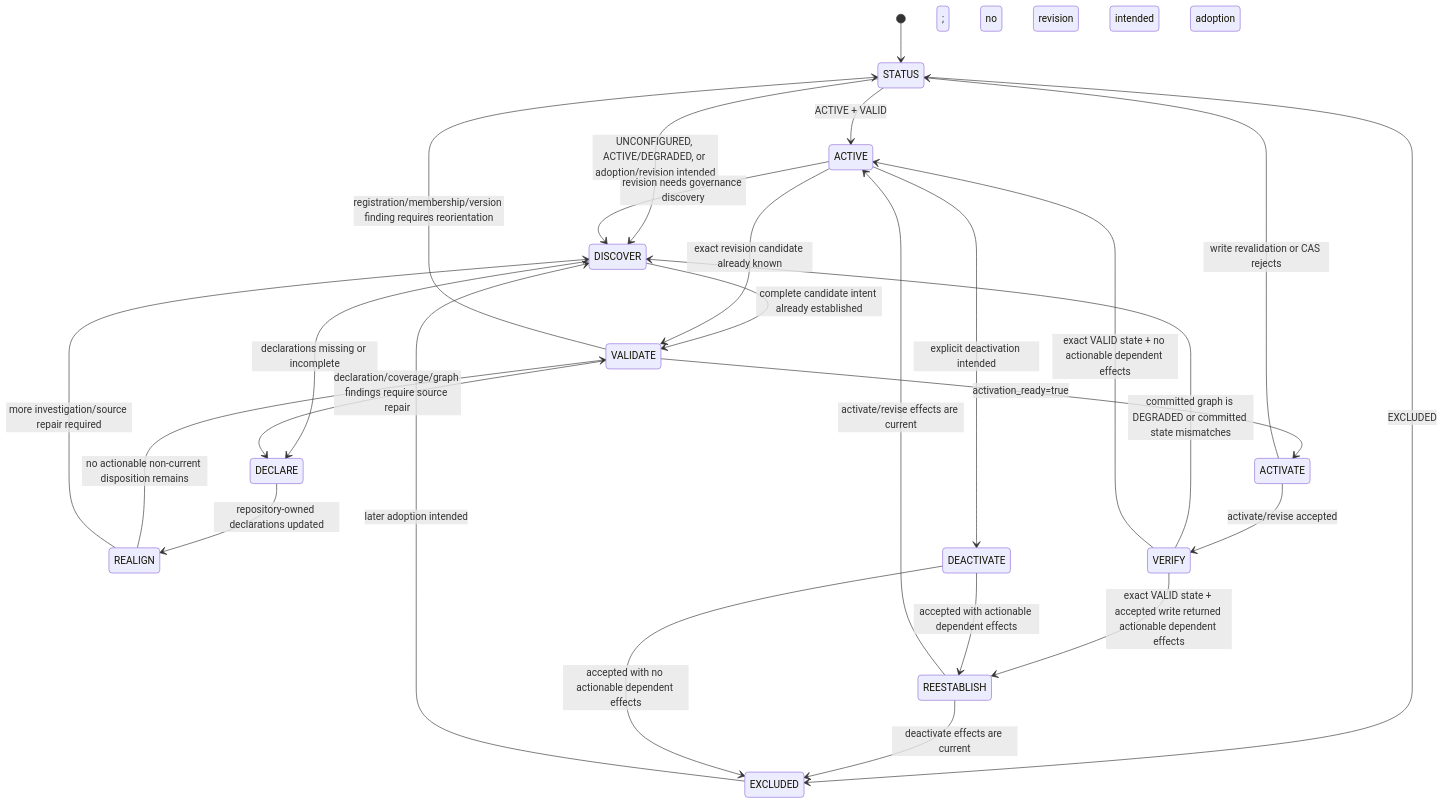
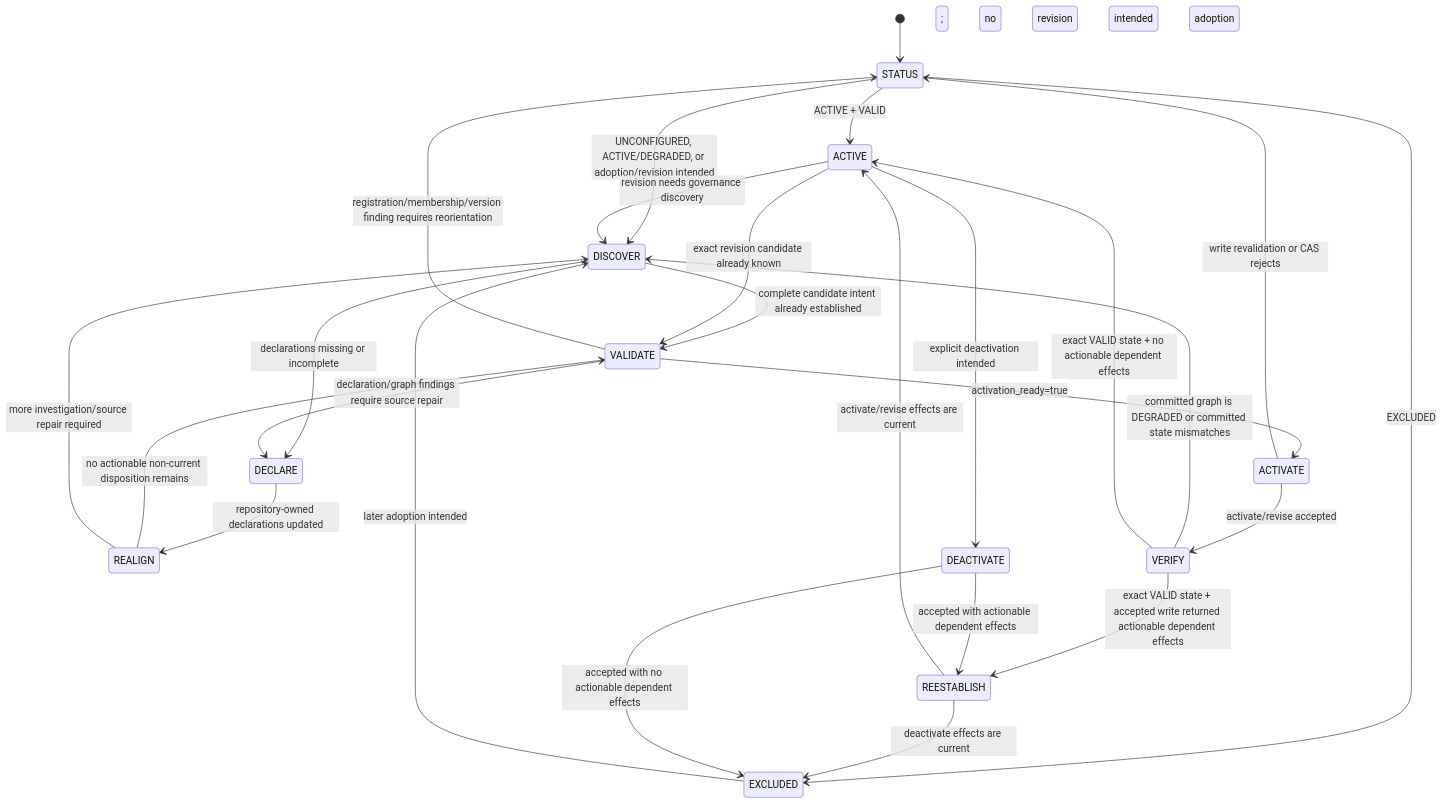
One commit to pontivus-com/span changed the first of 2 diagrams in docs/lifecycle-contract.md. Above: the diagram before and after it, drawn with Mermaid. The commit also changed other lines of this file and 16 other files, not shown here.

````diff
--- a/docs/lifecycle-contract.md
+++ b/docs/lifecycle-contract.md
@@ -1061,36 +1076,36 @@
 ```mermaid
 stateDiagram-v2
     [*] --> STATUS
 
     STATUS --> ACTIVE: ACTIVE + VALID; no revision intended
     STATUS --> EXCLUDED: EXCLUDED; no adoption intended
     STATUS --> DISCOVER: UNCONFIGURED, ACTIVE/DEGRADED, or adoption/revision intended
     EXCLUDED --> DISCOVER: later adoption intended
 
     DISCOVER --> VALIDATE: complete candidate intent already established
     DISCOVER --> DECLARE: declarations missing or incomplete
 
     DECLARE --> REALIGN: repository-owned declarations updated
     REALIGN --> VALIDATE: no actionable non-current disposition remains
     REALIGN --> DISCOVER: more investigation/source repair required
 
-    VALIDATE --> DECLARE: declaration/coverage/graph findings require source repair
+    VALIDATE --> DECLARE: declaration/graph findings require source repair
     VALIDATE --> STATUS: registration/membership/version finding requires reorientation
     VALIDATE --> ACTIVATE: activation_ready=true
 
     ACTIVATE --> STATUS: write revalidation or CAS rejects
     ACTIVATE --> VERIFY: activate/revise accepted
 
     VERIFY --> DISCOVER: committed graph is DEGRADED or committed state mismatches
     VERIFY --> REESTABLISH: exact VALID state + accepted write returned actionable dependent effects
     VERIFY --> ACTIVE: exact VALID state + no actionable dependent effects
 
     REESTABLISH --> ACTIVE: activate/revise effects are current
     REESTABLISH --> EXCLUDED: deactivate effects are current
 
     ACTIVE --> DISCOVER: revision needs governance discovery
     ACTIVE --> VALIDATE: exact revision candidate already known
     ACTIVE --> DEACTIVATE: explicit deactivation intended
     DEACTIVATE --> REESTABLISH: accepted with actionable dependent effects
     DEACTIVATE --> EXCLUDED: accepted with no actionable dependent effects
 ```
````
